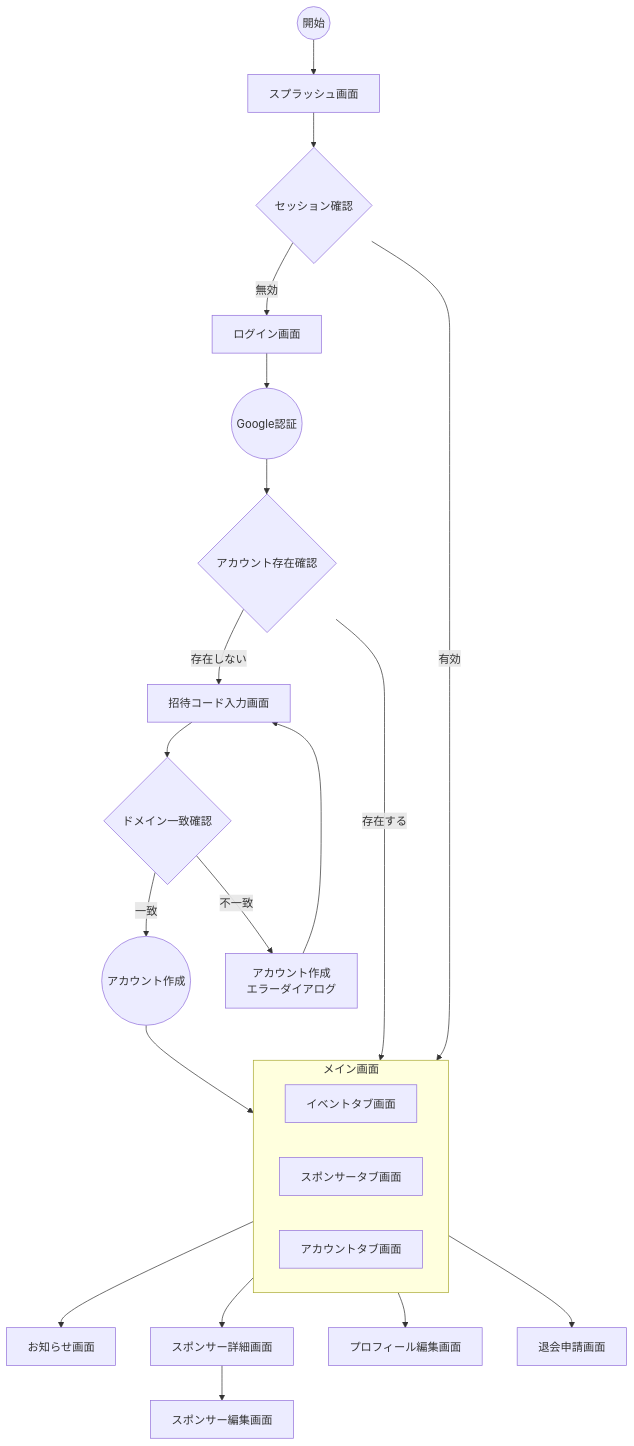
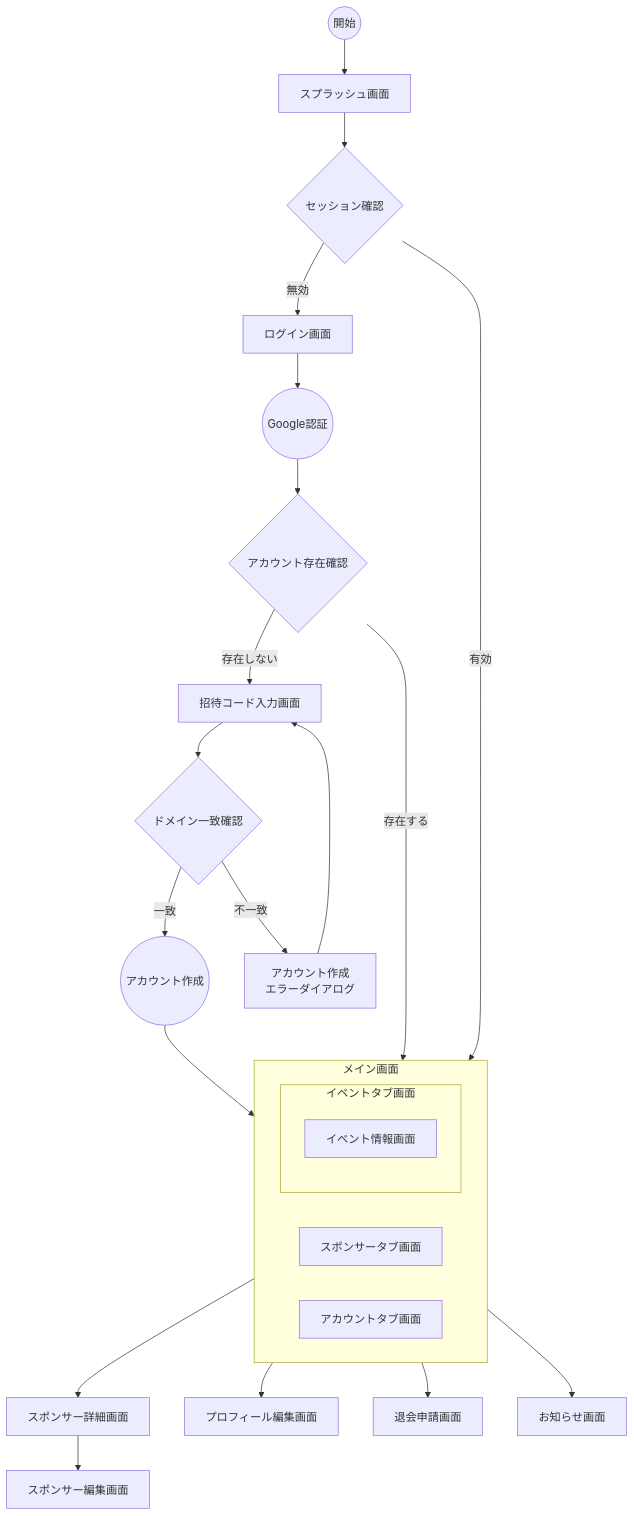
One commit to FlutterKaigi/2025 changed the diagram in docs/dashboard/SCREENS.md. Above: the diagram before and after it, drawn with Mermaid. The commit also changed other lines of this file, not shown here.

Commit message:
docs: イベント情報画面をイベントタブ画面の内包要素として追加

````diff
--- a/docs/dashboard/SCREENS.md
+++ b/docs/dashboard/SCREENS.md
@@ -50,37 +51,39 @@
 ```mermaid
 flowchart TD
     Start((開始)) --> Splash[スプラッシュ画面]
     Splash --> SessionCheck{セッション確認}
     SessionCheck --> |有効| EventTab[イベントタブ画面]
     SessionCheck --> |無効| Login[ログイン画面]
     
     %% 認証フロー
     Login --> GoogleAuth((Google認証))
     GoogleAuth --> AccountCheck{アカウント存在確認}
     AccountCheck --> |存在する| EventTab[イベントタブ画面]
     AccountCheck --> |存在しない| InvitationCode[招待コード入力画面]
     
     %% 新規登録フロー
     InvitationCode --> DomainCheck{ドメイン一致確認}
     DomainCheck --> |一致| CreateAccount((アカウント作成))
     DomainCheck --> |不一致| RegisterError[アカウント作成<br>エラーダイアログ]
     RegisterError --> InvitationCode
     CreateAccount --> EventTab
     
     %% メイン画面のタブ構成
     subgraph Main[メイン画面]
       direction LR
-      EventTab[イベントタブ画面]
+      subgraph EventTab[イベントタブ画面]
+        EventInfo[イベント情報画面]
+      end
       SponsorTab[スポンサータブ画面]
       Account[アカウントタブ画面]
     end
 
     EventTab --> News[お知らせ画面]
     
     SponsorTab --> SponsorDetail[スポンサー詳細画面]
     
     SponsorDetail --> SponsorEdit[スポンサー編集画面]
     
     Account --> Profile[プロフィール編集画面]
     Account --> Withdrawal[退会申請画面]
 ```
````
